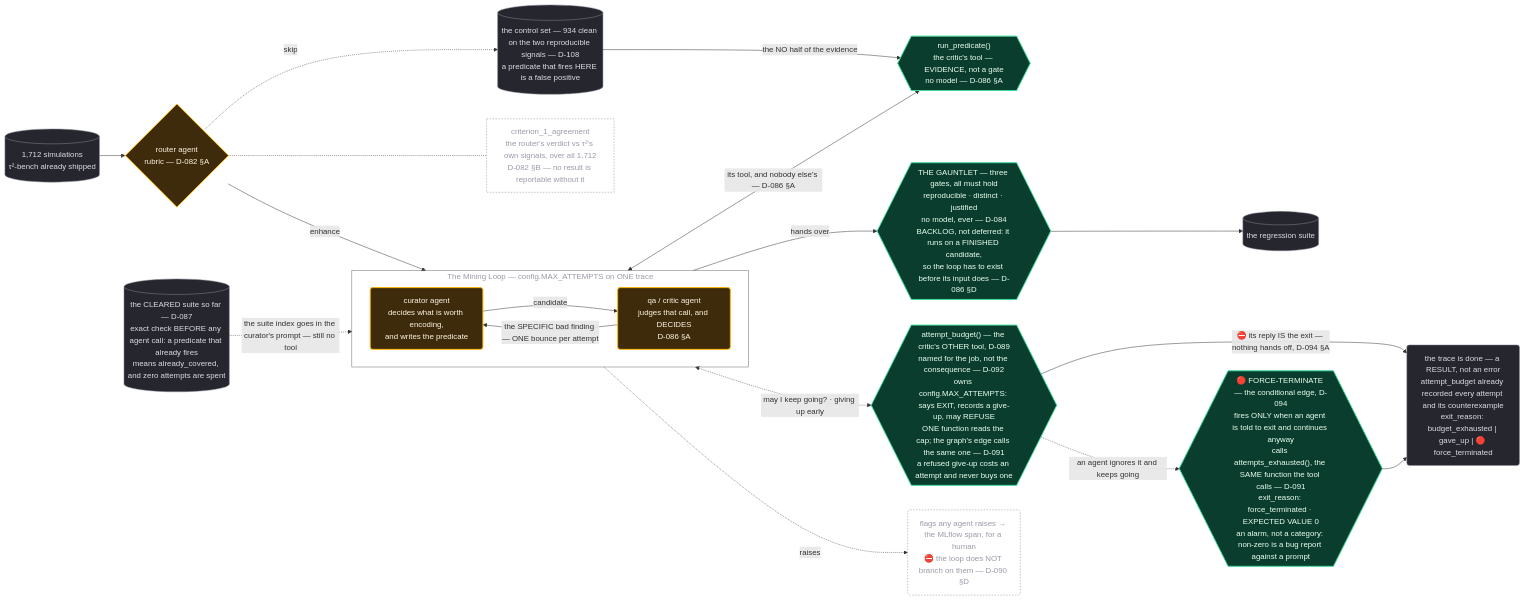
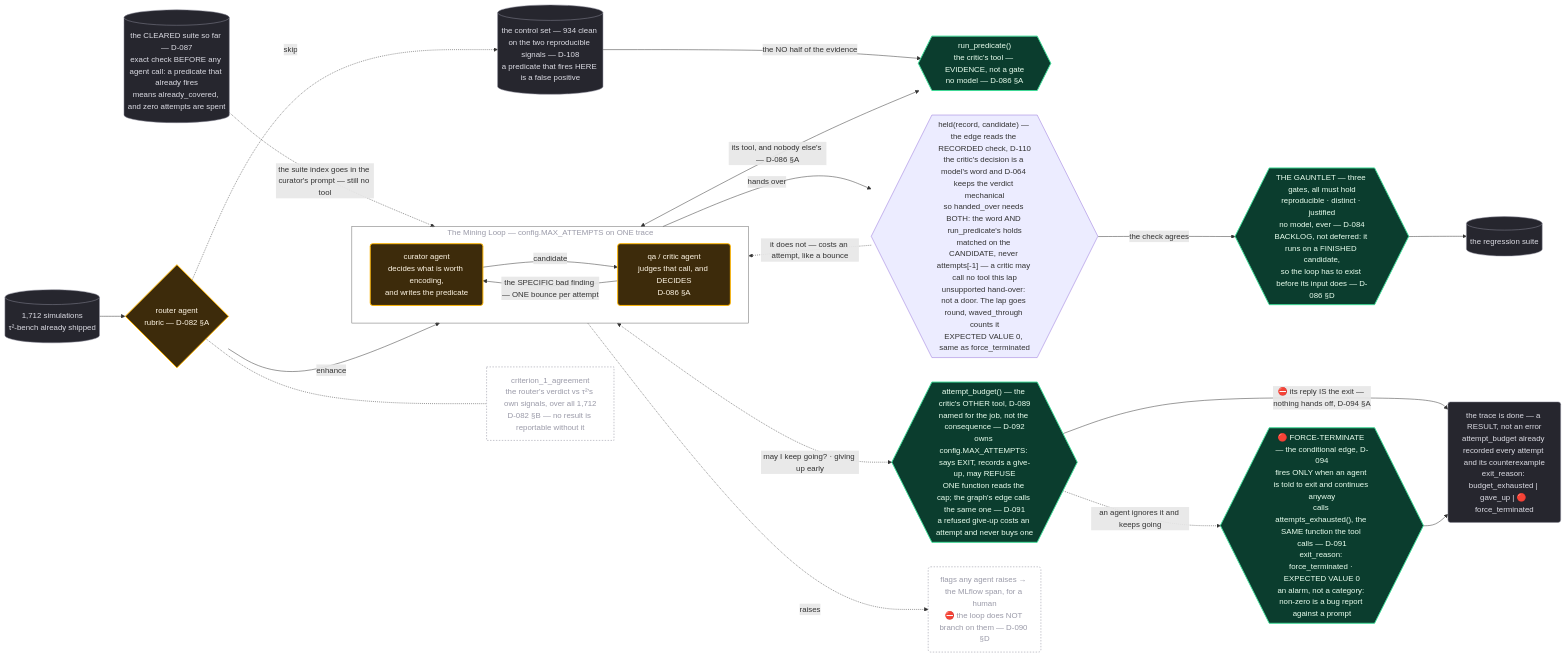
Before and after one commit to sandeepyadav1478/touchstone: the diagram in diagrams/agents.mmd, drawn with Mermaid. The commit also changed 5 other files, not shown here.

```diff
--- a/diagrams/agents.mmd
+++ b/diagrams/agents.mmd
@@ -1,56 +1,59 @@
 %% touchstone — the mining loop's three agents, and where the decision sits. D-082, D-086.
 %% The chain: router -> curator <-> critic <-> run_predicate, then critic -> the gauntlet -> suite.
 %% Every green node is mechanical. D-086: run_predicate is EVIDENCE the critic reads, not a gate.
 %% D-089: the critic holds TWO tools. unmineable is a RESULT it records, never a stage.
 flowchart LR
 
   IN[("1,712 simulations<br/>τ²-bench already shipped")]
   ROUTER{"router agent<br/>rubric — D-082 §A"}
 
   subgraph LOOP["The Mining Loop — config.MAX_ATTEMPTS on ONE trace"]
     direction LR
     CURATOR("curator agent<br/>decides what is worth encoding,<br/>and writes the predicate")
     CRITIC("qa / critic agent<br/>judges that call, and DECIDES<br/>D-086 §A")
     CURATOR -- "candidate" --> CRITIC
     CRITIC -- "the SPECIFIC bad finding — ONE bounce per attempt" --> CURATOR
   end
 
   TEST{{"run_predicate()<br/>the critic's tool — EVIDENCE, not a gate<br/>no model — D-086 §A"}}
   BUDGET{{"attempt_budget() — the critic's OTHER tool, D-089<br/>named for the job, not the consequence — D-092<br/>owns config.MAX_ATTEMPTS: says EXIT, records a give-up, may REFUSE<br/>ONE function reads the cap; the graph's edge calls the same one — D-091<br/>a refused give-up costs an attempt and never buys one"}}
   GAUNTLET{{"THE GAUNTLET — three gates, all must hold<br/>reproducible · distinct · justified<br/>no model, ever — D-084<br/>BACKLOG, not deferred: it runs on a FINISHED candidate,<br/>so the loop has to exist before its input does — D-086 §D"}}
   SUITE[("the regression suite")]
   CONTROL[("the control set — 934 clean on the two reproducible signals — D-108<br/>a predicate that fires HERE is a false positive")]
   UNMINED("the trace is done — a RESULT, not an error<br/>attempt_budget already recorded every attempt and its counterexample<br/>exit_reason: budget_exhausted | gave_up | 🔴 force_terminated")
   CAL["criterion_1_agreement<br/>the router's verdict vs τ²'s own signals, over all 1,712<br/>D-082 §B — no result is reportable without it"]
 
   CLEARED[("the CLEARED suite so far — D-087<br/>exact check BEFORE any agent call: a predicate that already fires<br/>means already_covered, and zero attempts are spent")]
 
   IN --> ROUTER
   CLEARED -. "the suite index goes in the curator's prompt — still no tool" .-> CURATOR
   ROUTER -- "enhance" --> CURATOR
   ROUTER -. "skip" .-> CONTROL
   CRITIC <-- "its tool, and nobody else's — D-086 §A" --> TEST
   CONTROL -- "the NO half of the evidence" --> TEST
-  CRITIC -- "hands over" --> GAUNTLET
+  HELD{{"held(record, candidate) — the edge reads the RECORDED check, D-110<br/>the critic's decision is a model's word and D-064 keeps the verdict mechanical<br/>so handed_over needs BOTH: the word AND run_predicate's holds<br/>matched on the CANDIDATE, never attempts[-1] — a critic may call no tool this lap<br/>unsupported hand-over: not a door. The lap goes round, waved_through counts it<br/>EXPECTED VALUE 0, same as force_terminated"}}
+  CRITIC -- "hands over" --> HELD
+  HELD -- "the check agrees" --> GAUNTLET
+  HELD -. "it does not — costs an attempt, like a bounce" .-> CURATOR
   CRITIC <-. "may I keep going? · giving up early" .-> BUDGET
   FLAG("flags any agent raises → the MLflow span, for a human<br/>⛔ the loop does NOT branch on them — D-090 §D")
   CRITIC -. "raises" .-> FLAG
   EDGE{{"🔴 FORCE-TERMINATE — the conditional edge, D-094<br/>fires ONLY when an agent is told to exit and continues anyway<br/>calls attempts_exhausted(), the SAME function the tool calls — D-091<br/>exit_reason: force_terminated · EXPECTED VALUE 0<br/>an alarm, not a category: non-zero is a bug report against a prompt"}}
   BUDGET -- "⛔ its reply IS the exit — nothing hands off, D-094 §A" --> UNMINED
   BUDGET -. "an agent ignores it and keeps going" .-> EDGE
   EDGE --> UNMINED
   GAUNTLET --> SUITE
   ROUTER -.- CAL
 
   classDef agent fill:#3d2b0b,stroke:#ffb703,stroke-width:2px,color:#fff6e5
   classDef mech  fill:#0b3d2e,stroke:#3ddc97,stroke-width:2px,color:#eaffef
   classDef data  fill:#26262e,stroke:#8a8a99,color:#dcdce4
   classDef note  fill:none,stroke:#8a8a99,stroke-dasharray:3 3,color:#9a9aa8
   classDef box   fill:none,stroke:#666,color:#9a9aa8
 
   class ROUTER,CURATOR,CRITIC agent
   class TEST,BUDGET,EDGE,GAUNTLET mech
   class IN,SUITE,CONTROL,UNMINED data
   class CAL,FLAG note
   class CLEARED data
   class LOOP box
```
